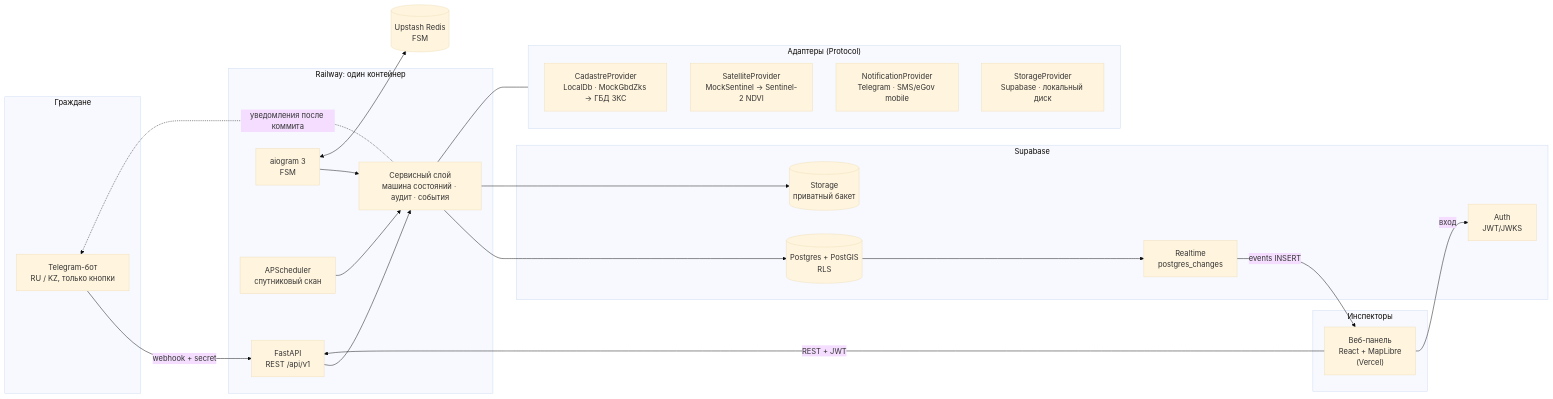
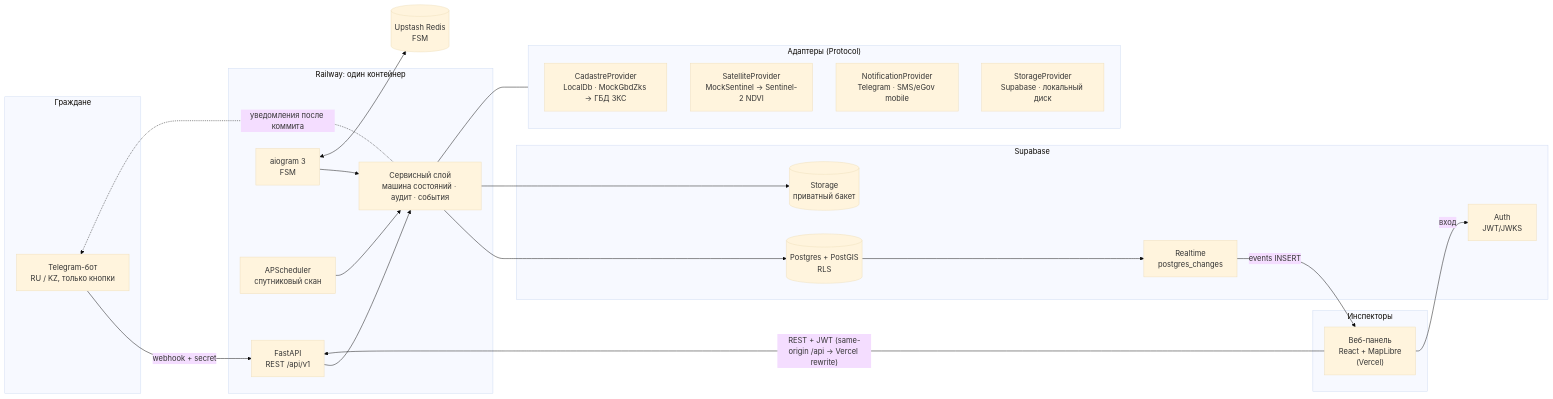
The first of 2 diagrams in docs/ARCHITECTURE.md (Nurrss/jer-baqylau), drawn with Mermaid (base theme) before and after one commit. The commit also changed other lines of this file and 3 other files, not shown here.

Commit message:
docs: roadmap; architecture/deploy updated for real Sentinel-2 and the Vercel API proxy

````diff
--- a/docs/ARCHITECTURE.md
+++ b/docs/ARCHITECTURE.md
@@ -5,44 +5,44 @@
 ```mermaid
 flowchart LR
     subgraph Citizens["Граждане"]
         TG["Telegram-бот<br/>RU / KZ, только кнопки"]
     end
     subgraph Inspectors["Инспекторы"]
         WEB["Веб-панель<br/>React + MapLibre<br/>(Vercel)"]
     end
 
     TG -- webhook + secret --> API
-    WEB -- REST + JWT --> API
+    WEB -- "REST + JWT (same-origin /api → Vercel rewrite)" --> API
 
     subgraph Railway["Railway: один контейнер"]
         API["FastAPI<br/>REST /api/v1"]
         BOT["aiogram 3<br/>FSM"]
         SCH["APScheduler<br/>спутниковый скан"]
         SVC["Сервисный слой<br/>машина состояний · аудит · события"]
         API --> SVC
         BOT --> SVC
         SCH --> SVC
     end
 
     subgraph Supabase
         PG[("Postgres + PostGIS<br/>RLS")]
         ST[("Storage<br/>приватный бакет")]
         AU["Auth<br/>JWT/JWKS"]
         RT["Realtime<br/>postgres_changes"]
     end
 
     SVC --> PG
     SVC --> ST
     SVC -. уведомления после коммита .-> TG
     BOT <--> R[("Upstash Redis<br/>FSM")]
     PG --> RT -- events INSERT --> WEB
     WEB -- вход --> AU
 
     subgraph Adapters["Адаптеры (Protocol)"]
         CAD["CadastreProvider<br/>LocalDb · MockGbdZks → ГБД ЗКС"]
         SAT["SatelliteProvider<br/>MockSentinel → Sentinel-2 NDVI"]
         NOT["NotificationProvider<br/>Telegram · SMS/eGov mobile"]
         STO["StorageProvider<br/>Supabase · локальный диск"]
     end
     SVC --- Adapters
 ```
````
